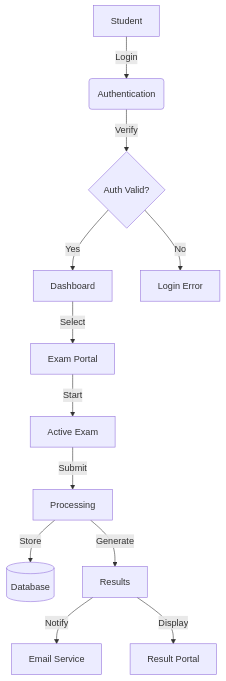
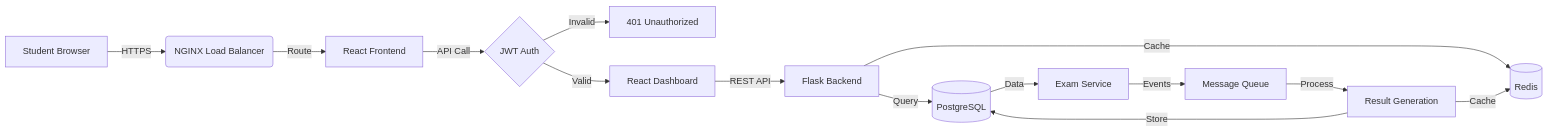
The second of 6 diagrams in tmp/diagrams.md (r04nx/obsidian), drawn with Mermaid before and after one commit. The commit also changed other lines of this file, not shown here.

````diff
--- a/tmp/diagrams.md
+++ b/tmp/diagrams.md
@@ -43,14 +50,16 @@
 ```mermaid
-flowchart TD
-    A[Student] -->|Login| B(Authentication)
-    B -->|Verify| C{Auth Valid?}
-    C -->|Yes| D[Dashboard]
-    C -->|No| E[Login Error]
-    D -->|Select| F[Exam Portal]
-    F -->|Start| G[Active Exam]
-    G -->|Submit| H[Processing]
-    H -->|Store| I[(Database)]
-    H -->|Generate| J[Results]
-    J -->|Notify| K[Email Service]
-    J -->|Display| L[Result Portal]
+flowchart LR
+    A[Student Browser] -->|HTTPS| B(NGINX Load Balancer)
+    B -->|Route| C[React Frontend]
+    C -->|API Call| D{JWT Auth}
+    D -->|Invalid| E[401 Unauthorized]
+    D -->|Valid| F[React Dashboard]
+    F -->|REST API| G[Flask Backend]
+    G -->|Query| H[(PostgreSQL)]
+    G -->|Cache| I[(Redis)]
+    H -->|Data| J[Exam Service]
+    J -->|Events| K[Message Queue]
+    K -->|Process| L[Result Generation]
+    L -->|Store| H
+    L -->|Cache| I
 ```
````
